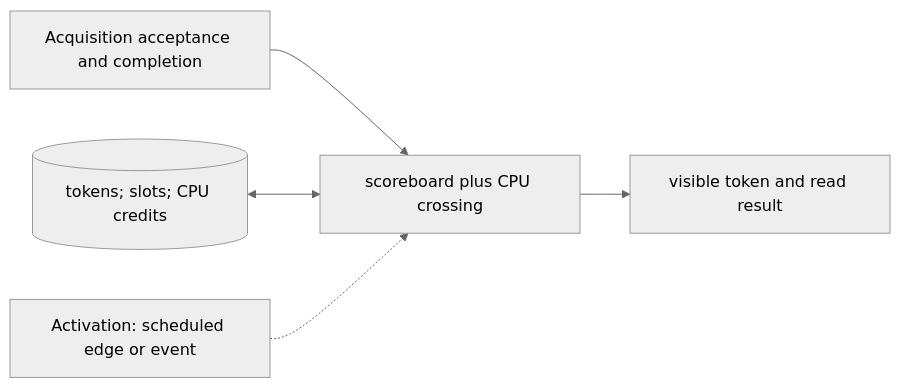
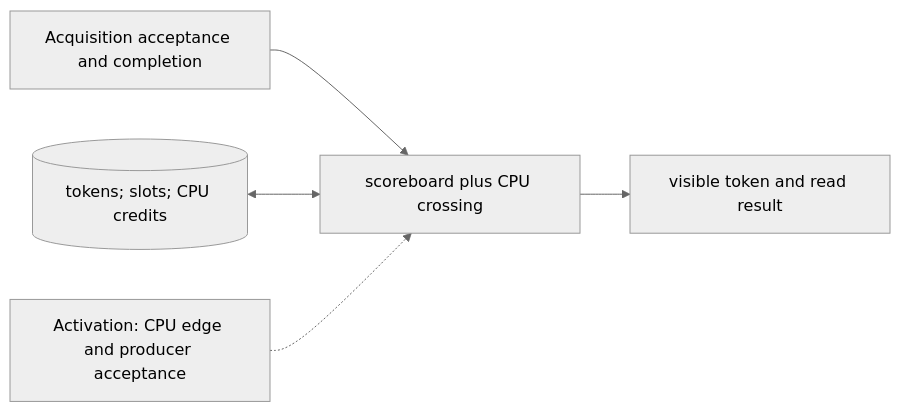
One commit to qsbit-org/qsbit-sim changed the diagram in docs/modules/measurement-scoreboard-and-cpu-feedback.md. Above: the diagram before and after it, drawn with Mermaid (neutral theme). The commit also changed other lines of this file and 24 other files, not shown here.

````diff
--- a/docs/modules/measurement-scoreboard-and-cpu-feedback.md
+++ b/docs/modules/measurement-scoreboard-and-cpu-feedback.md
@@ -17,7 +17,7 @@
 ```mermaid
 flowchart LR
     U["Acquisition acceptance and completion"] --> P["scoreboard plus CPU crossing"]
     S[("tokens; slots; CPU credits")] <--> P
     P --> D["visible token and read result"]
-    K["Activation: scheduled edge or event"] -.-> P
+    K["Activation: CPU edge and producer acceptance"] -.-> P
 ```
````
